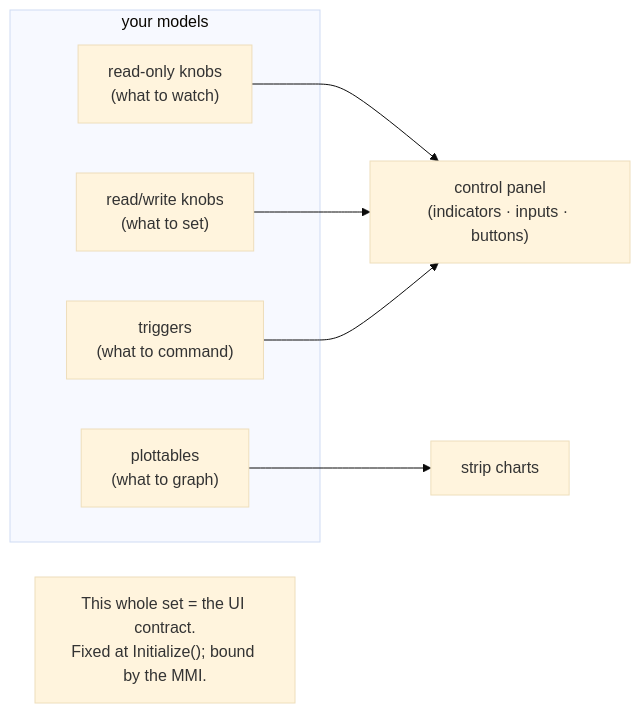
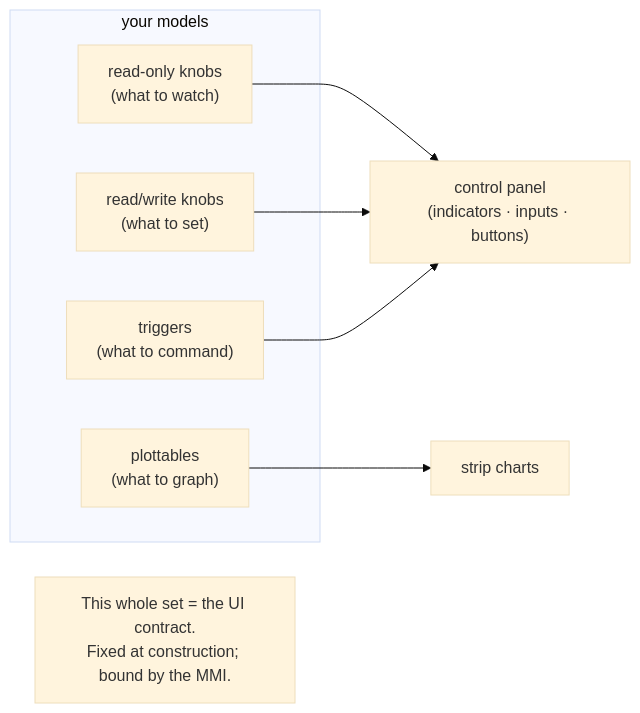
Before and after one commit to SimulaSharp-org/simulasharp-docs: the second of 2 diagrams in public/content/observability-design.md, drawn with Mermaid (base theme). The commit also changed other lines of this file and 28 other files, not shown here.

````diff
--- a/public/content/observability-design.md
+++ b/public/content/observability-design.md
@@ -120,15 +120,15 @@
 ```mermaid
 flowchart LR
   subgraph MODEL["your models"]
     RO["read-only knobs<br/>(what to watch)"]
     RW["read/write knobs<br/>(what to set)"]
     TR["triggers<br/>(what to command)"]
     PL["plottables<br/>(what to graph)"]
   end
   RO --> UI
   RW --> UI
   TR --> UI
   PL --> CH["strip charts"]
   UI["control panel<br/>(indicators · inputs · buttons)"]
-  Note["This whole set = the UI contract.<br/>Fixed at Initialize(); bound by the MMI."]
+  Note["This whole set = the UI contract.<br/>Fixed at construction; bound by the MMI."]
 ```
````
